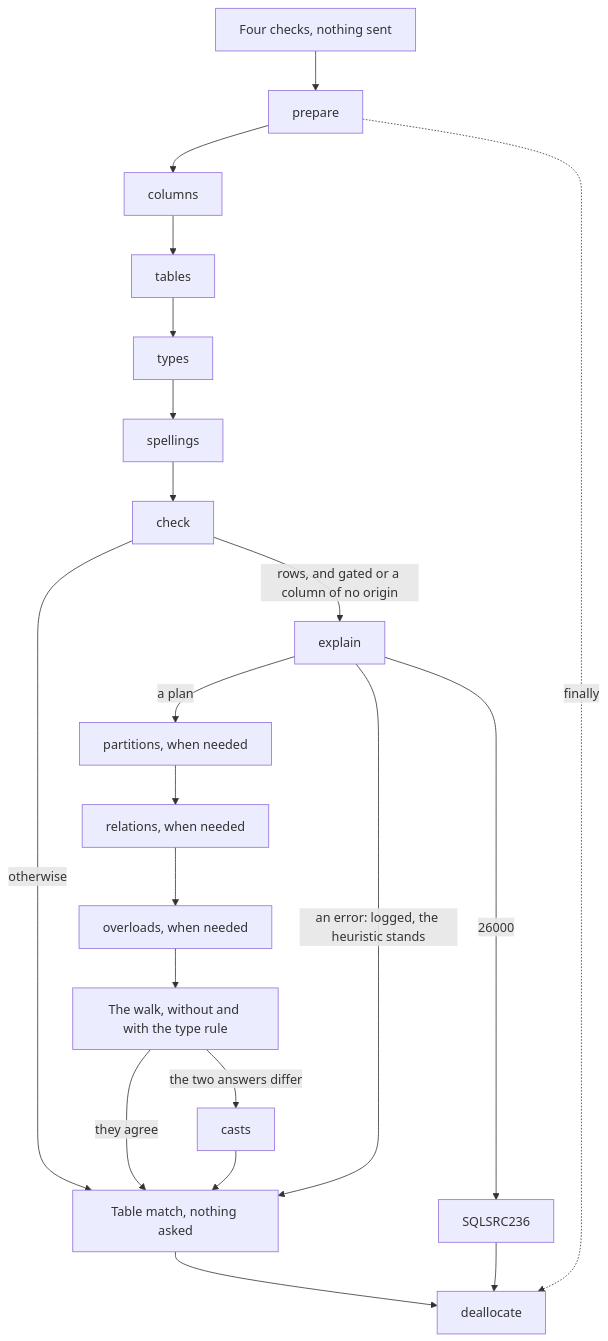
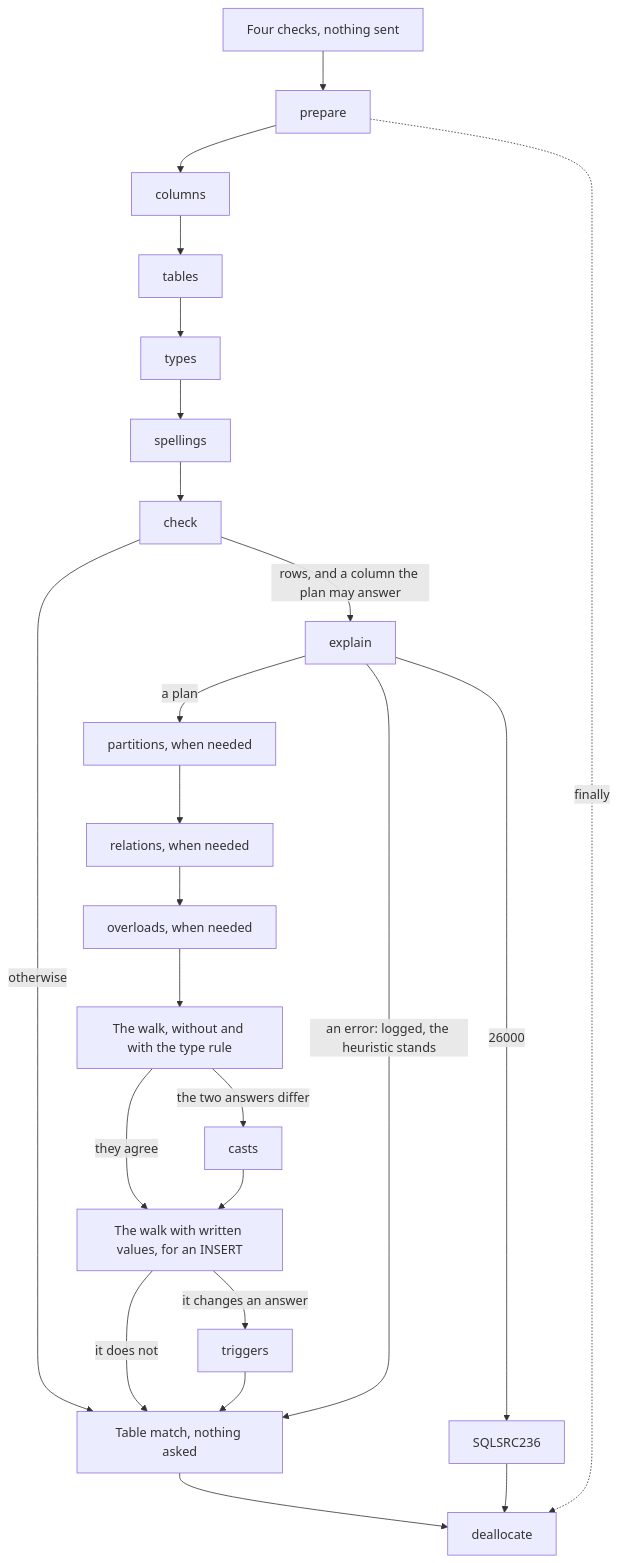
One commit to mbcrawfo/SqlSource changed the diagram in docs/architecture/postgres-describer.md. Above: the diagram before and after it, drawn with Mermaid. The commit also changed other lines of this file and 50 other files, not shown here.

First line of the commit message:
feat: prove view columns, written INSERT values and partitioned targets

````diff
--- a/docs/architecture/postgres-describer.md
+++ b/docs/architecture/postgres-describer.md
@@ -80,23 +80,26 @@
 ```mermaid
 flowchart TD
     checks["Four checks, nothing sent"] --> prepare
     prepare --> columns
     columns --> tables
     tables --> types
     types --> spellings
     spellings --> check
-    check -->|"rows, and gated or a column of no origin"| explain
+    check -->|"rows, and a column the plan may answer"| explain
     check -->|"otherwise"| match["Table match, nothing asked"]
     explain -->|"a plan"| partitions["partitions, when needed"]
     partitions --> relations["relations, when needed"]
     relations --> overloads["overloads, when needed"]
     overloads --> walk["The walk, without and with the type rule"]
     walk -->|"the two answers differ"| casts["casts"]
-    walk -->|"they agree"| match
-    casts --> match
+    walk -->|"they agree"| written["The walk with written values, for an INSERT"]
+    casts --> written
+    written -->|"it changes an answer"| triggers["triggers"]
+    written -->|"it does not"| match
+    triggers --> match
     explain -->|"an error: logged, the heuristic stands"| match
     explain -->|"26000"| gone["SQLSRC236"]
     match --> deallocate
     gone --> deallocate
     prepare -.->|"finally"| deallocate
 ```
````
